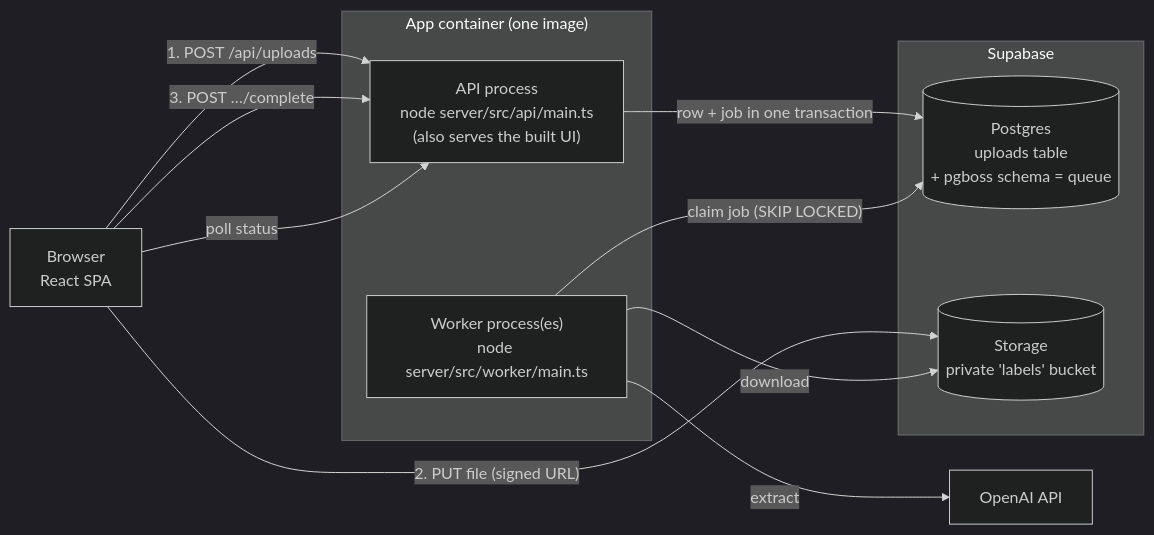
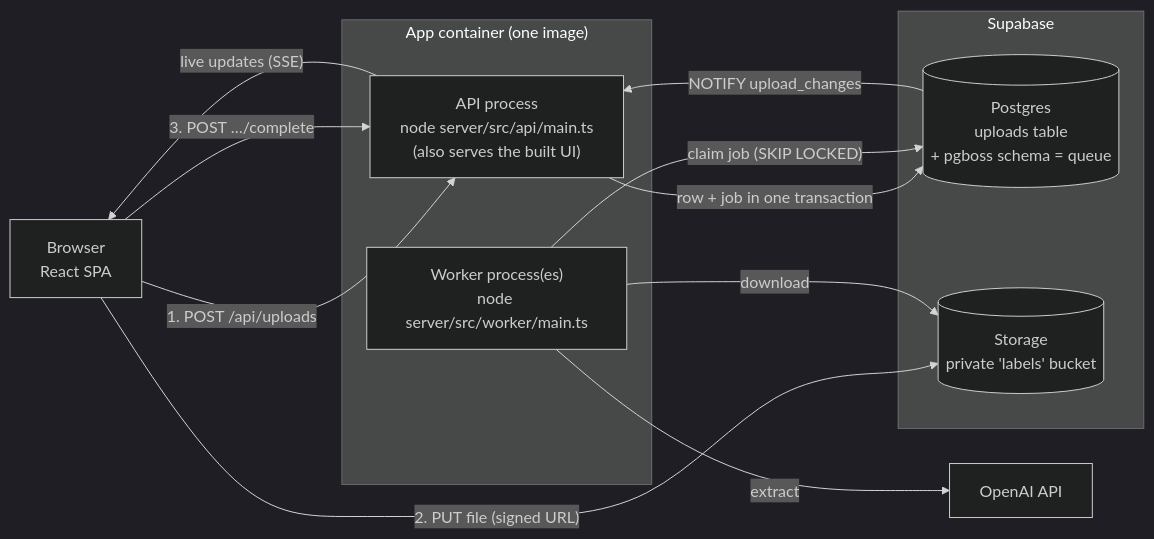
The diagram in README.md (p-2411/SSTrial), drawn with Mermaid (dark theme) before and after one commit. The commit also changed other lines of this file and 1 other file, not shown here.

````diff
--- a/README.md
+++ b/README.md
@@ -13,22 +13,23 @@
 ```mermaid
 flowchart LR
   B[Browser<br/>React SPA]
   subgraph App["App container (one image)"]
     API["API process<br/>node server/src/api/main.ts<br/>(also serves the built UI)"]
     W["Worker process(es)<br/>node server/src/worker/main.ts"]
   end
   subgraph Supabase
     PG[("Postgres<br/>uploads table<br/>+ pgboss schema = queue")]
     ST[("Storage<br/>private 'labels' bucket")]
   end
   LLM[OpenAI API]
 
   B -- "1. POST /api/uploads" --> API
   B -- "2. PUT file (signed URL)" --> ST
   B -- "3. POST …/complete" --> API
-  B -- "poll status" --> API
+  API -- "live updates (SSE)" --> B
   API -- "row + job in one transaction" --> PG
+  PG -- "NOTIFY upload_changes" --> API
   W -- "claim job (SKIP LOCKED)" --> PG
   W -- download --> ST
   W -- extract --> LLM
 ```
````
